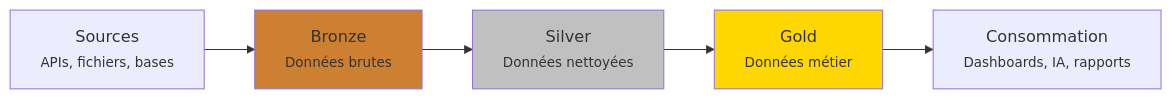
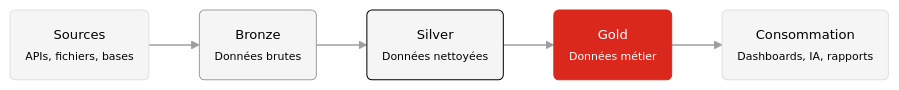
Before and after one commit to MediaComem/comem-infradon: the third of 5 diagrams in cours/09-architectures-modernes.md, drawn with Mermaid. The commit also changed other lines of this file and 1 other file, not shown here.

Commit message:
change style of diagrams

````diff
--- a/cours/09-architectures-modernes.md
+++ b/cours/09-architectures-modernes.md
@@ -353,11 +361,16 @@
 ```mermaid {scale: 0.65}
+%%{init: {'theme': 'base', 'themeVariables': {'primaryColor': '#f5f5f5', 'primaryTextColor': '#000', 'primaryBorderColor': '#e0e0e0', 'lineColor': '#9e9e9e', 'fontFamily': 'Roboto', 'fontSize': '13px'}}}%%
 graph LR
-    A["Sources<br/><small>APIs, fichiers, bases</small>"] --> B["Bronze<br/><small>Données brutes</small>"]
-    B --> C["Silver<br/><small>Données nettoyées</small>"]
-    C --> D["Gold<br/><small>Données métier</small>"]
-    D --> E["Consommation<br/><small>Dashboards, IA, rapports</small>"]
+    A("Sources<br/><small>APIs, fichiers, bases</small>") --> B("Bronze<br/><small>Données brutes</small>")
+    B --> C("Silver<br/><small>Données nettoyées</small>")
+    C --> D("Gold<br/><small>Données métier</small>")
+    D --> E("Consommation<br/><small>Dashboards, IA, rapports</small>")
 
-    style B fill:#cd7f32
-    style C fill:#c0c0c0
-    style D fill:#ffd700
+    style A fill:#f5f5f5,stroke:#e0e0e0,color:#000
+    style B fill:#f5f5f5,stroke:#9e9e9e,color:#000
+    style C fill:#f5f5f5,stroke:#000,color:#000
+    style D fill:#DA291C,stroke:#DA291C,color:#fff
+    style E fill:#f5f5f5,stroke:#e0e0e0,color:#000
+
+    linkStyle default stroke:#9e9e9e,stroke-width:1.5px
 ```
````
